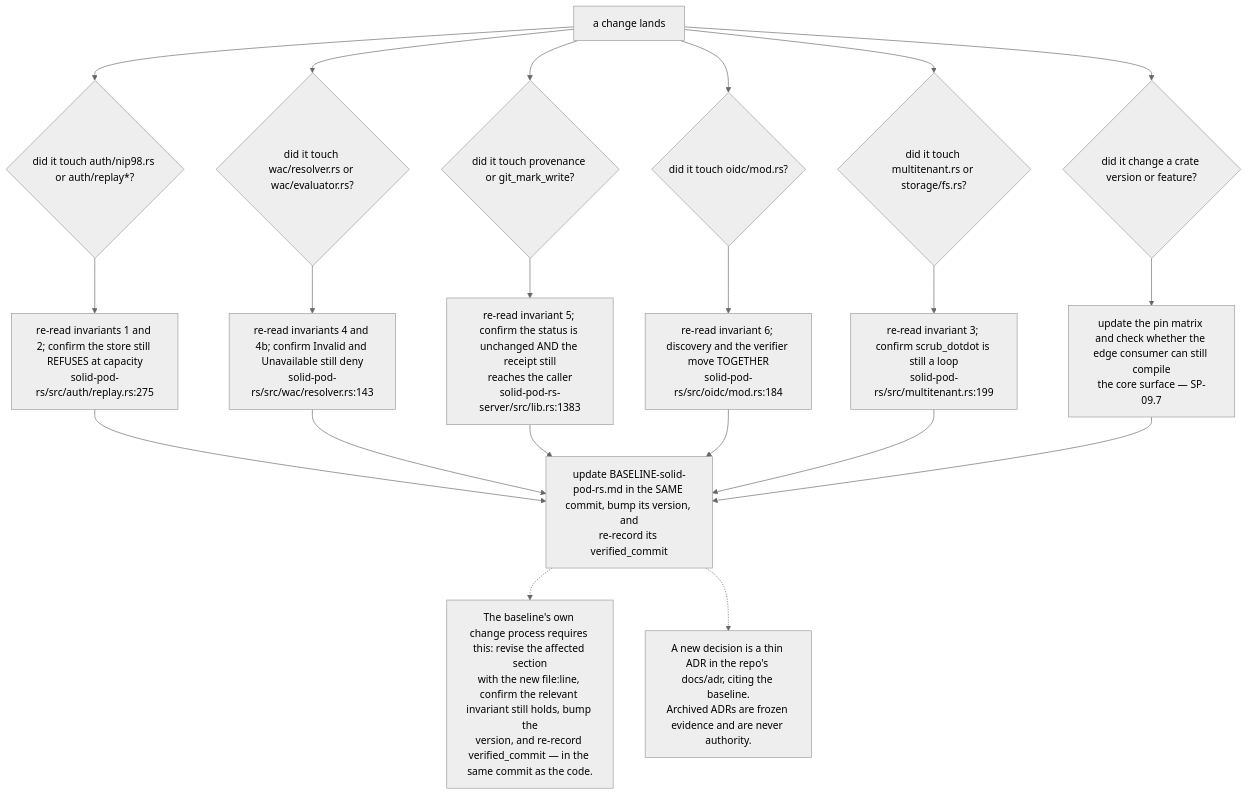
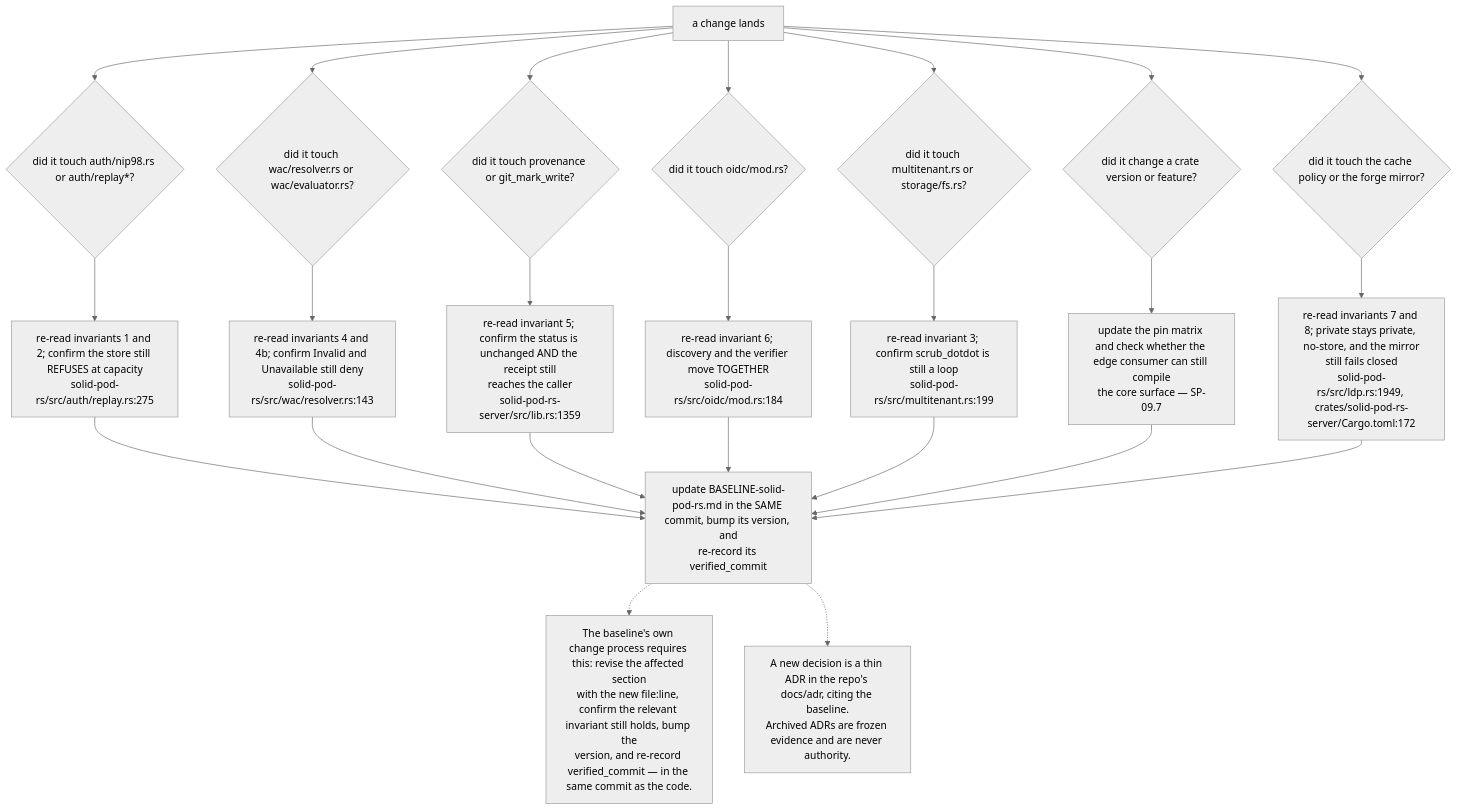
Before and after one commit to DreamLab-AI/VisionFlow: diagram 11 of 12 in docs/diagrams/solid-pod-rs/10-failure-modes-and-invariants.md, drawn with Mermaid (neutral theme). The commit also changed other lines of this file and 47 other files, not shown here.

````diff
--- a/docs/diagrams/solid-pod-rs/10-failure-modes-and-invariants.md
+++ b/docs/diagrams/solid-pod-rs/10-failure-modes-and-invariants.md
@@ -311,30 +334,33 @@
 ```mermaid
 flowchart TD
     START["a change lands"]
     Q1{"did it touch auth/nip98.rs or auth/replay*?"}
     Q2{"did it touch wac/resolver.rs or wac/evaluator.rs?"}
     Q3{"did it touch provenance or git_mark_write?"}
     Q4{"did it touch oidc/mod.rs?"}
     Q5{"did it touch multitenant.rs or storage/fs.rs?"}
     Q6{"did it change a crate version or feature?"}
+    Q7{"did it touch the cache policy or the forge mirror?"}
 
     C1["re-read invariants 1 and 2; confirm the store still REFUSES at capacity<br/>solid-pod-rs/src/auth/replay.rs:275"]
     C2["re-read invariants 4 and 4b; confirm Invalid and Unavailable still deny<br/>solid-pod-rs/src/wac/resolver.rs:143"]
-    C3["re-read invariant 5; confirm the status is unchanged AND the receipt still<br/>reaches the caller<br/>solid-pod-rs-server/src/lib.rs:1383"]
+    C3["re-read invariant 5; confirm the status is unchanged AND the receipt still<br/>reaches the caller<br/>solid-pod-rs-server/src/lib.rs:1359"]
     C4["re-read invariant 6; discovery and the verifier move TOGETHER<br/>solid-pod-rs/src/oidc/mod.rs:184"]
     C5["re-read invariant 3; confirm scrub_dotdot is still a loop<br/>solid-pod-rs/src/multitenant.rs:199"]
     C6["update the pin matrix and check whether the edge consumer can still compile<br/>the core surface — SP-09.7"]
+    C7["re-read invariants 7 and 8; private stays private, no-store, and the mirror<br/>still fails closed<br/>solid-pod-rs/src/ldp.rs:1949, crates/solid-pod-rs-server/Cargo.toml:172"]
     BL["update BASELINE-solid-pod-rs.md in the SAME commit, bump its version, and<br/>re-record its verified_commit"]
 
     START --> Q1 --> C1 --> BL
     START --> Q2 --> C2 --> BL
     START --> Q3 --> C3 --> BL
     START --> Q4 --> C4 --> BL
     START --> Q5 --> C5 --> BL
     START --> Q6 --> C6 --> BL
+    START --> Q7 --> C7 --> BL
 
     N["The baseline's own change process requires this: revise the affected section<br/>with the new file:line, confirm the relevant invariant still holds, bump the<br/>version, and re-record verified_commit — in the same commit as the code."]
     BL -.-> N
     N2["A new decision is a thin ADR in the repo's docs/adr, citing the baseline.<br/>Archived ADRs are frozen evidence and are never authority."]
     BL -.-> N2
 ```
````
